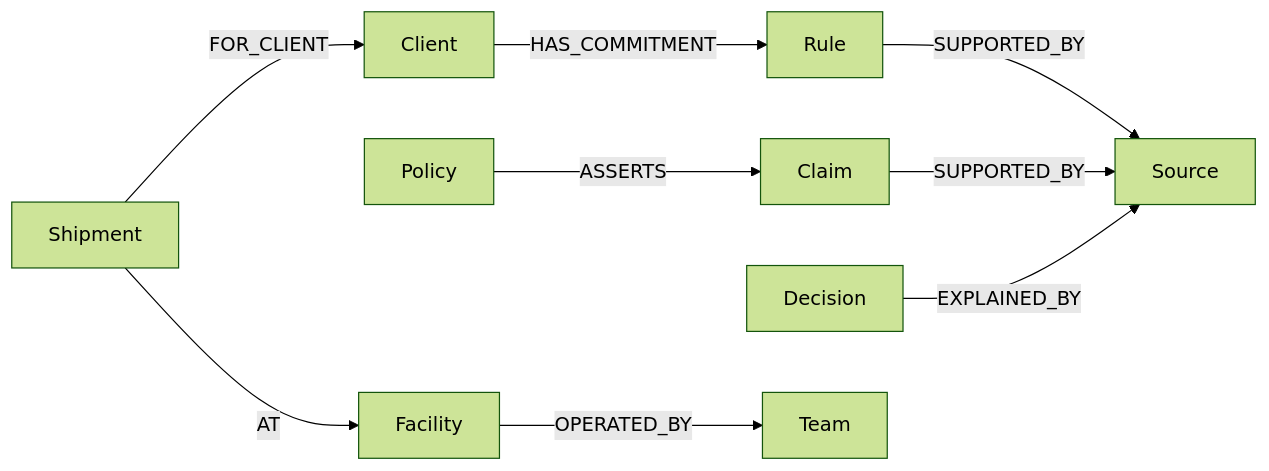
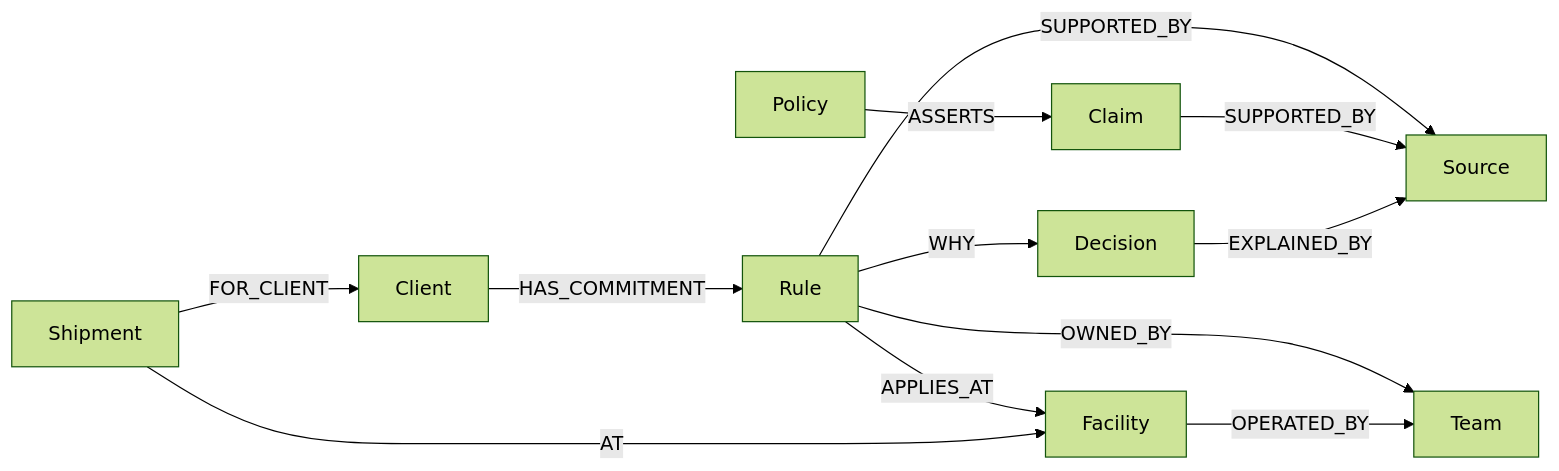
One commit to VeerabhadraYerram/Chronos changed the second of 2 diagrams in README.md. Above: the diagram before and after it, drawn with Mermaid (forest theme). The commit also changed other lines of this file and 2 other files, not shown here.

````diff
--- a/README.md
+++ b/README.md
@@ -88,11 +88,14 @@
 ```mermaid
 flowchart LR
     Client -->|HAS_COMMITMENT| Rule
     Rule -->|SUPPORTED_BY| Source
+    Rule -->|APPLIES_AT| Facility
+    Rule -->|OWNED_BY| Team
+    Rule -->|WHY| Decision
     Policy -->|ASSERTS| Claim
     Claim -->|SUPPORTED_BY| Source
     Decision -->|EXPLAINED_BY| Source
     Facility -->|OPERATED_BY| Team
     Shipment -->|FOR_CLIENT| Client
     Shipment -->|AT| Facility
 ```
````
